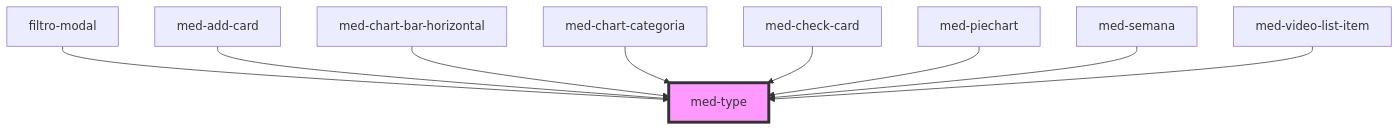
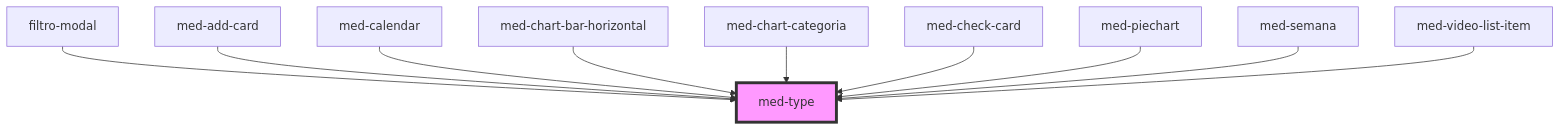
One commit to MEDGRUPOGIT/ionic-framework-1 changed the diagram in core/src/components/@medgrupo/core/med-type/readme.md. Above: the diagram before and after it, drawn with Mermaid. The commit also changed other lines of this file and 19 other files, not shown here.

````diff
--- a/core/src/components/@medgrupo/core/med-type/readme.md
+++ b/core/src/components/@medgrupo/core/med-type/readme.md
@@ -31,12 +32,13 @@
 ```mermaid
 graph TD;
   filtro-modal --> med-type
   med-add-card --> med-type
+  med-calendar --> med-type
   med-chart-bar-horizontal --> med-type
   med-chart-categoria --> med-type
   med-check-card --> med-type
   med-piechart --> med-type
   med-semana --> med-type
   med-video-list-item --> med-type
   style med-type fill:#f9f,stroke:#333,stroke-width:4px
 ```
````
